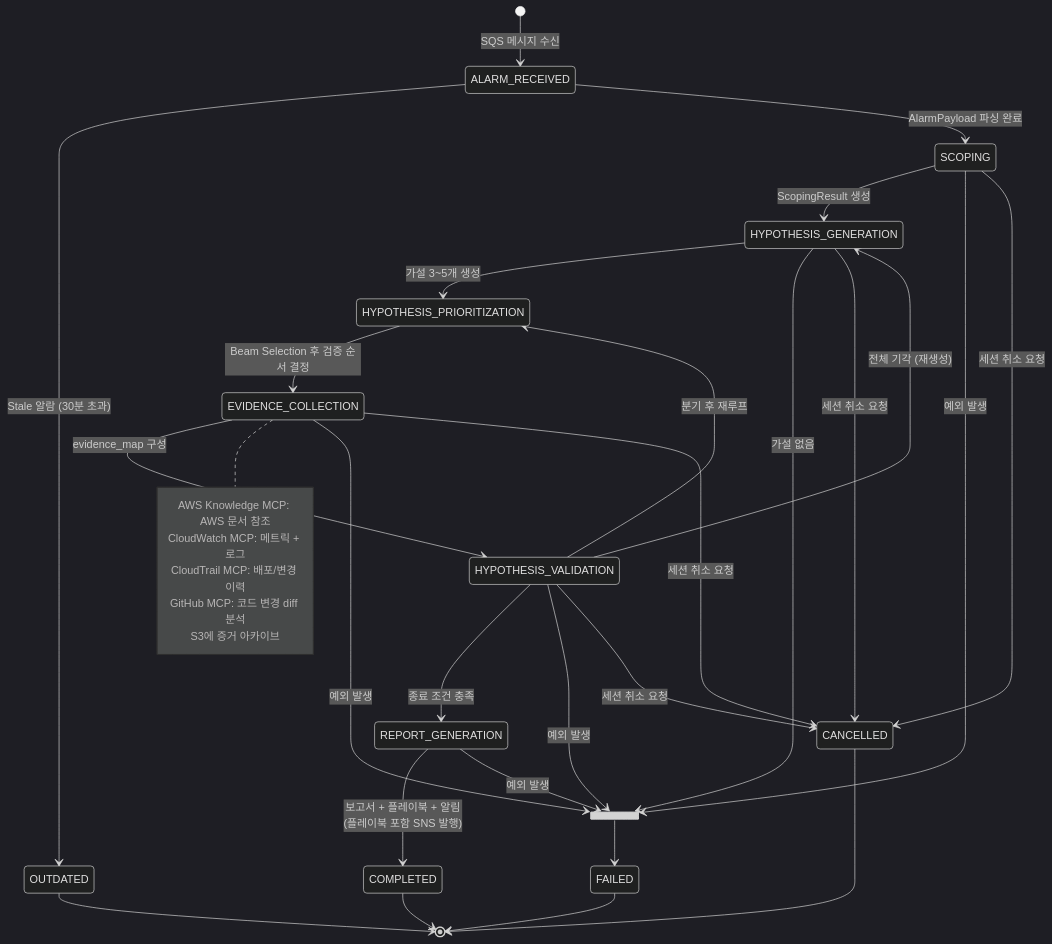
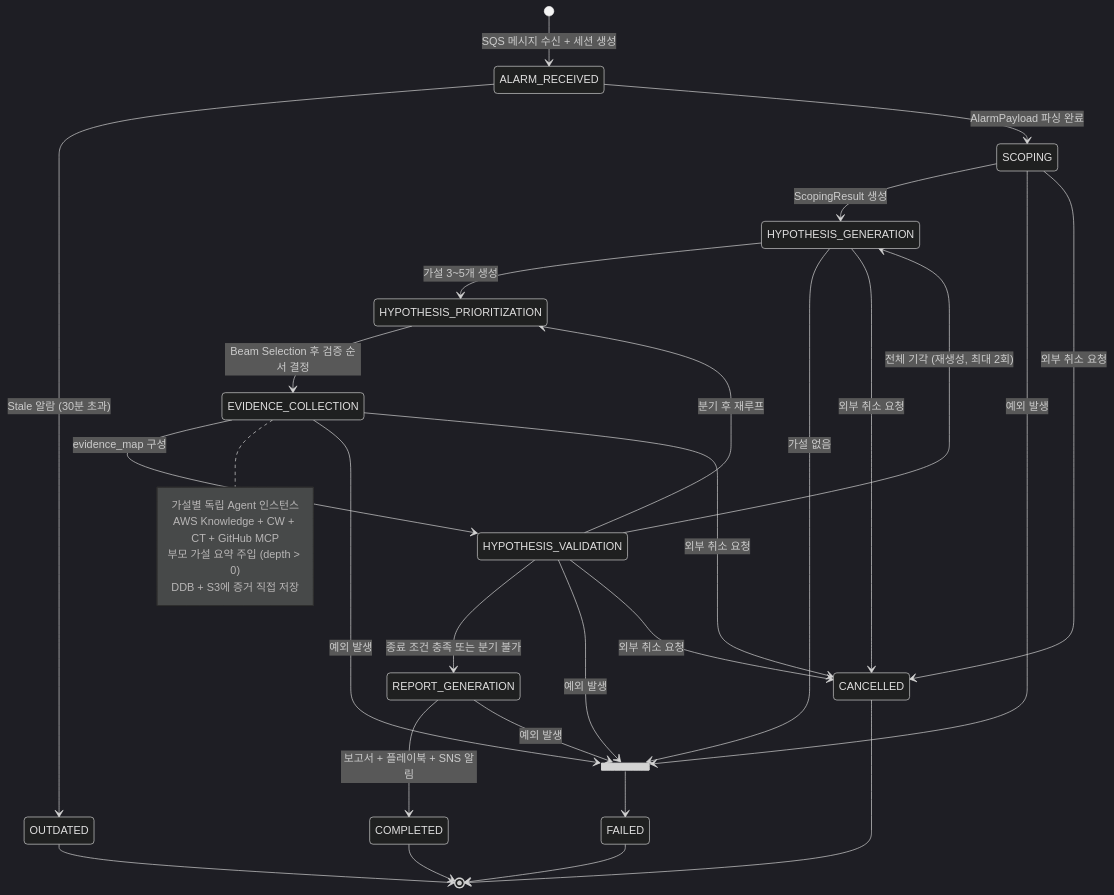
One commit to haandol/rca-agent changed the second of 7 diagrams in docs/architecture-and-demo-flow.md. Above: the diagram before and after it, drawn with Mermaid (dark theme). The commit also changed other lines of this file, not shown here.

Commit message:
docs: Strands/CC Headless 아키텍처 흐름 분리 및 Mermaid 다이어그램 상세화

````diff
--- a/docs/architecture-and-demo-flow.md
+++ b/docs/architecture-and-demo-flow.md
@@ -179,46 +144,45 @@
 ```mermaid
 stateDiagram-v2
-    [*] --> ALARM_RECEIVED: SQS 메시지 수신
+    [*] --> ALARM_RECEIVED: SQS 메시지 수신 + 세션 생성
 
     ALARM_RECEIVED --> OUTDATED: Stale 알람 (30분 초과)
     ALARM_RECEIVED --> SCOPING: AlarmPayload 파싱 완료
 
     SCOPING --> HYPOTHESIS_GENERATION: ScopingResult 생성
 
     HYPOTHESIS_GENERATION --> HYPOTHESIS_PRIORITIZATION: 가설 3~5개 생성
 
     HYPOTHESIS_PRIORITIZATION --> EVIDENCE_COLLECTION: Beam Selection 후 검증 순서 결정
 
     EVIDENCE_COLLECTION --> HYPOTHESIS_VALIDATION: evidence_map 구성
     note right of EVIDENCE_COLLECTION
-        AWS Knowledge MCP: AWS 문서 참조
-        CloudWatch MCP: 메트릭 + 로그
-        CloudTrail MCP: 배포/변경 이력
-        GitHub MCP: 코드 변경 diff 분석
-        S3에 증거 아카이브
+        가설별 독립 Agent 인스턴스
+        AWS Knowledge + CW + CT + GitHub MCP
+        부모 가설 요약 주입 (depth > 0)
+        DDB + S3에 증거 직접 저장
     end note
 
-    HYPOTHESIS_VALIDATION --> REPORT_GENERATION: 종료 조건 충족
+    HYPOTHESIS_VALIDATION --> REPORT_GENERATION: 종료 조건 충족 또는 분기 불가
     HYPOTHESIS_VALIDATION --> HYPOTHESIS_PRIORITIZATION: 분기 후 재루프
-    HYPOTHESIS_VALIDATION --> HYPOTHESIS_GENERATION: 전체 기각 (재생성)
+    HYPOTHESIS_VALIDATION --> HYPOTHESIS_GENERATION: 전체 기각 (재생성, 최대 2회)
 
-    REPORT_GENERATION --> COMPLETED: 보고서 + 플레이북 + 알림<br/>(플레이북 포함 SNS 발행)
+    REPORT_GENERATION --> COMPLETED: 보고서 + 플레이북 + SNS 알림
 
     state FAILED_STATE <<join>>
     SCOPING --> FAILED_STATE: 예외 발생
     HYPOTHESIS_GENERATION --> FAILED_STATE: 가설 없음
     EVIDENCE_COLLECTION --> FAILED_STATE: 예외 발생
     HYPOTHESIS_VALIDATION --> FAILED_STATE: 예외 발생
     REPORT_GENERATION --> FAILED_STATE: 예외 발생
     FAILED_STATE --> FAILED
 
-    SCOPING --> CANCELLED: 세션 취소 요청
-    HYPOTHESIS_GENERATION --> CANCELLED: 세션 취소 요청
-    EVIDENCE_COLLECTION --> CANCELLED: 세션 취소 요청
-    HYPOTHESIS_VALIDATION --> CANCELLED: 세션 취소 요청
+    SCOPING --> CANCELLED: 외부 취소 요청
+    HYPOTHESIS_GENERATION --> CANCELLED: 외부 취소 요청
+    EVIDENCE_COLLECTION --> CANCELLED: 외부 취소 요청
+    HYPOTHESIS_VALIDATION --> CANCELLED: 외부 취소 요청
 
     COMPLETED --> [*]
     FAILED --> [*]
     OUTDATED --> [*]
     CANCELLED --> [*]
 ```
````
